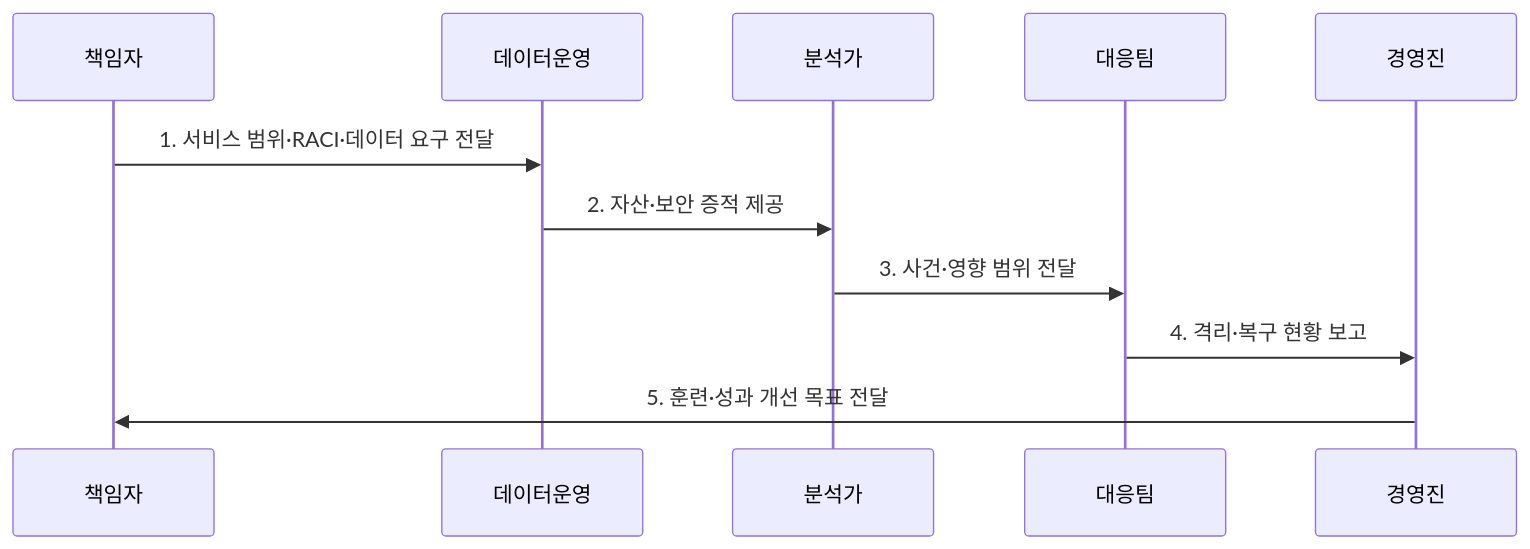
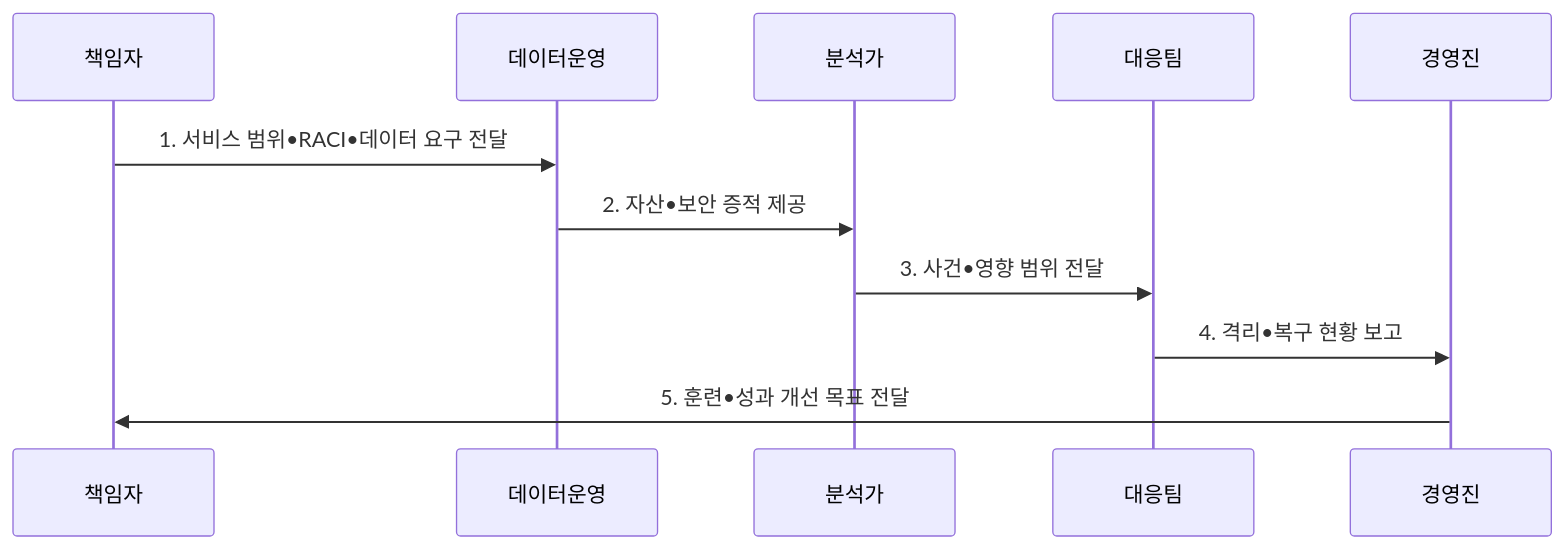
Before and after one commit to agnusdei1207/knowledge-base: the second of 2 diagrams in src/content/docs/notes/05-security/034_security_operations_center.md, drawn with Mermaid. The commit also changed other lines of this file and 953 other files, not shown here.

````diff
--- a/src/content/docs/notes/05-security/034_security_operations_center.md
+++ b/src/content/docs/notes/05-security/034_security_operations_center.md
@@ -104,13 +104,13 @@
 ```mermaid
 sequenceDiagram
     participant 책임자
     participant 데이터운영
     participant 분석가
     participant 대응팀
     participant 경영진
-    책임자->>데이터운영: 1. 서비스 범위·RACI·데이터 요구 전달
-    데이터운영->>분석가: 2. 자산·보안 증적 제공
-    분석가->>대응팀: 3. 사건·영향 범위 전달
-    대응팀->>경영진: 4. 격리·복구 현황 보고
-    경영진->>책임자: 5. 훈련·성과 개선 목표 전달
+    책임자->>데이터운영: 1. 서비스 범위•RACI•데이터 요구 전달
+    데이터운영->>분석가: 2. 자산•보안 증적 제공
+    분석가->>대응팀: 3. 사건•영향 범위 전달
+    대응팀->>경영진: 4. 격리•복구 현황 보고
+    경영진->>책임자: 5. 훈련•성과 개선 목표 전달
 ```
````
